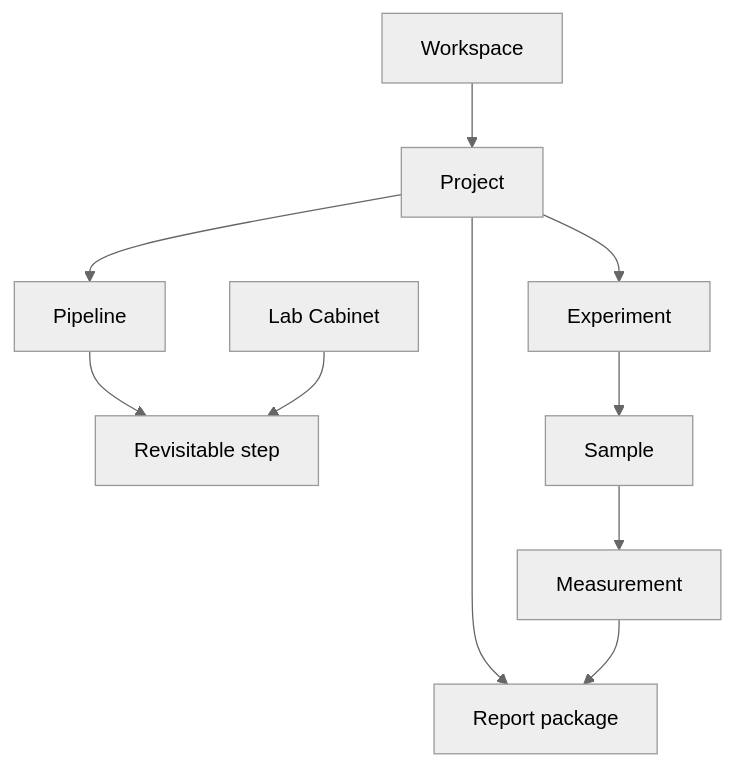
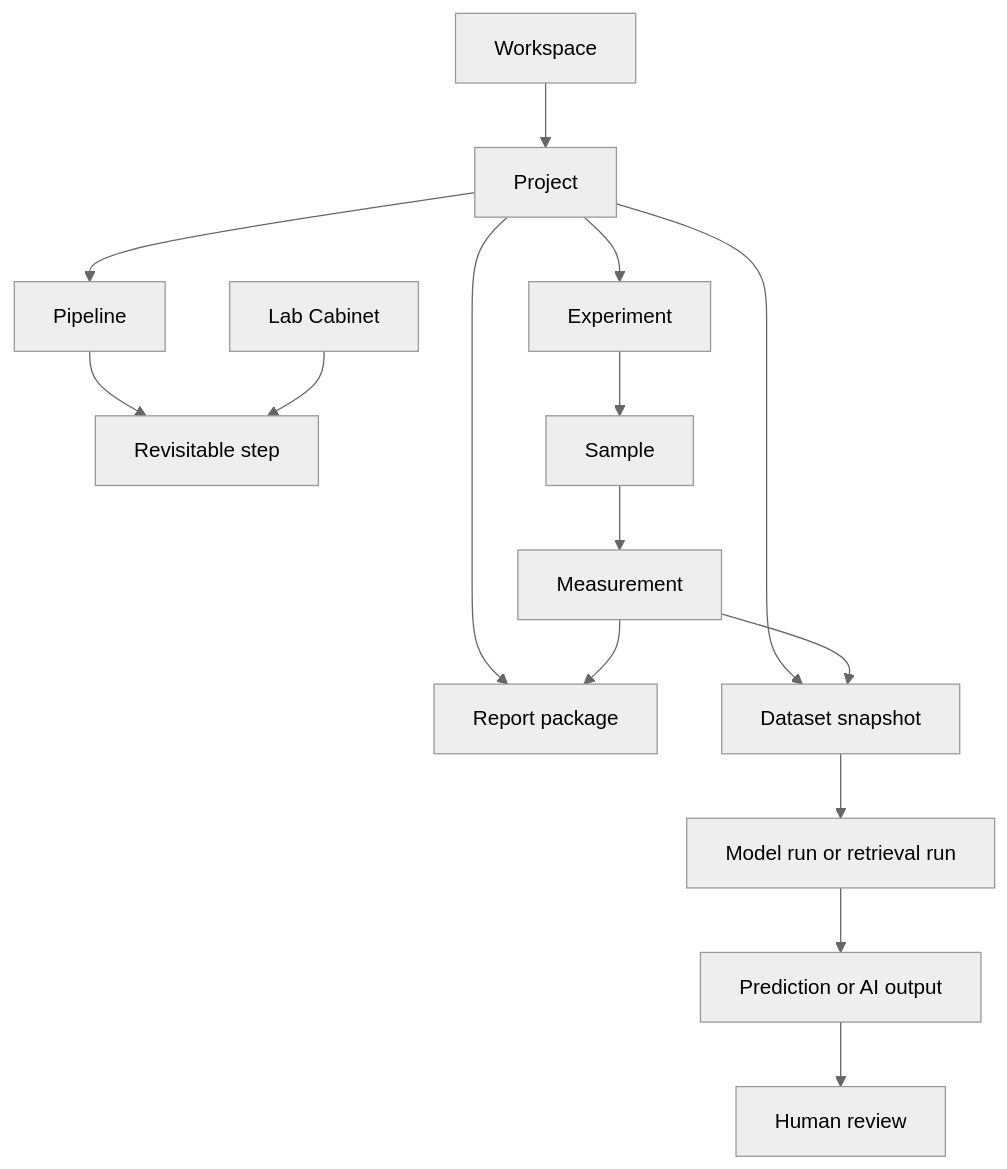
Before and after one commit to matginesi/LabFlow: the first of 4 diagrams in docs/PROJECT.md, drawn with Mermaid (neutral theme). The commit also changed other lines of this file and 54 other files, not shown here.

````diff
--- a/docs/PROJECT.md
+++ b/docs/PROJECT.md
@@ -11,12 +11,17 @@
 ```mermaid
 flowchart TD
   A[Workspace] --> B[Project]
   B --> C[Pipeline]
   C --> D[Revisitable step]
   B --> E[Experiment]
   E --> F[Sample]
   F --> G[Measurement]
   B --> H[Report package]
+  B --> J[Dataset snapshot]
+  J --> K[Model run or retrieval run]
+  K --> L[Prediction or AI output]
+  L --> M[Human review]
   I[Lab Cabinet] --> D
   G --> H
+  G --> J
 ```
````
